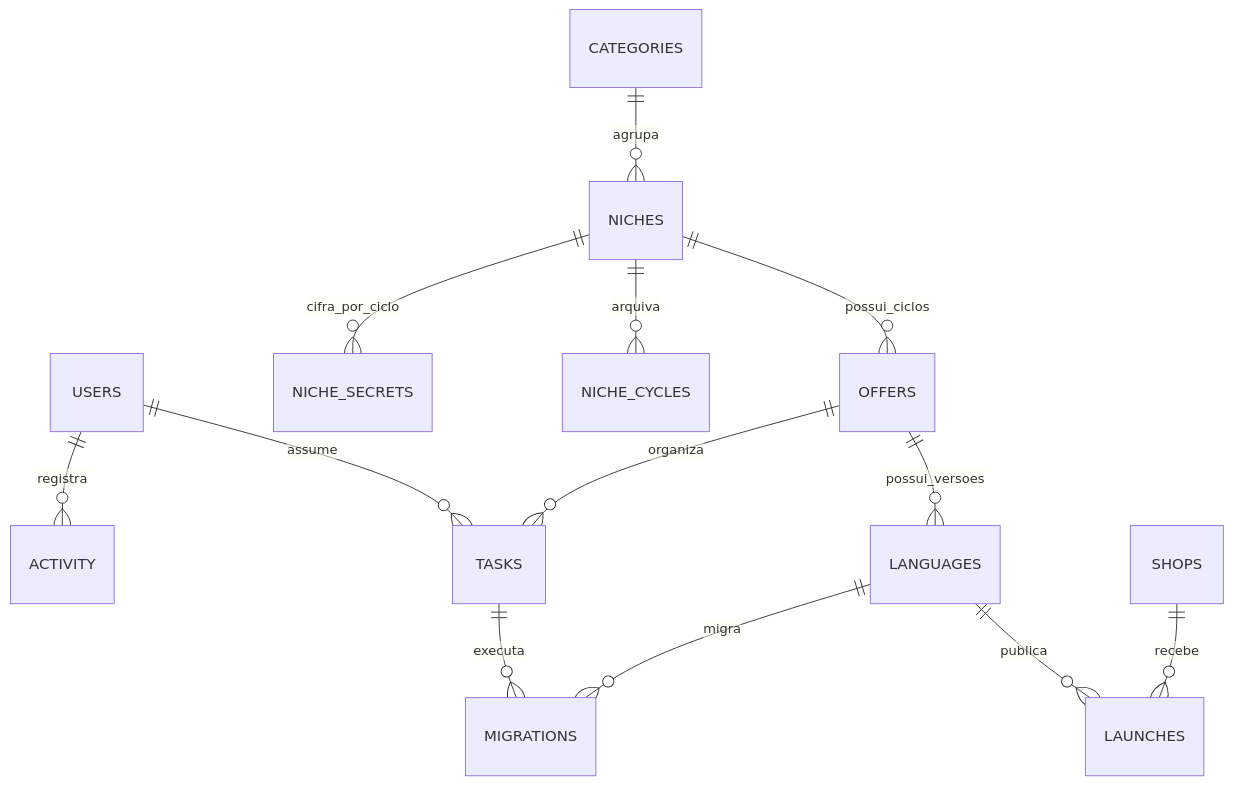
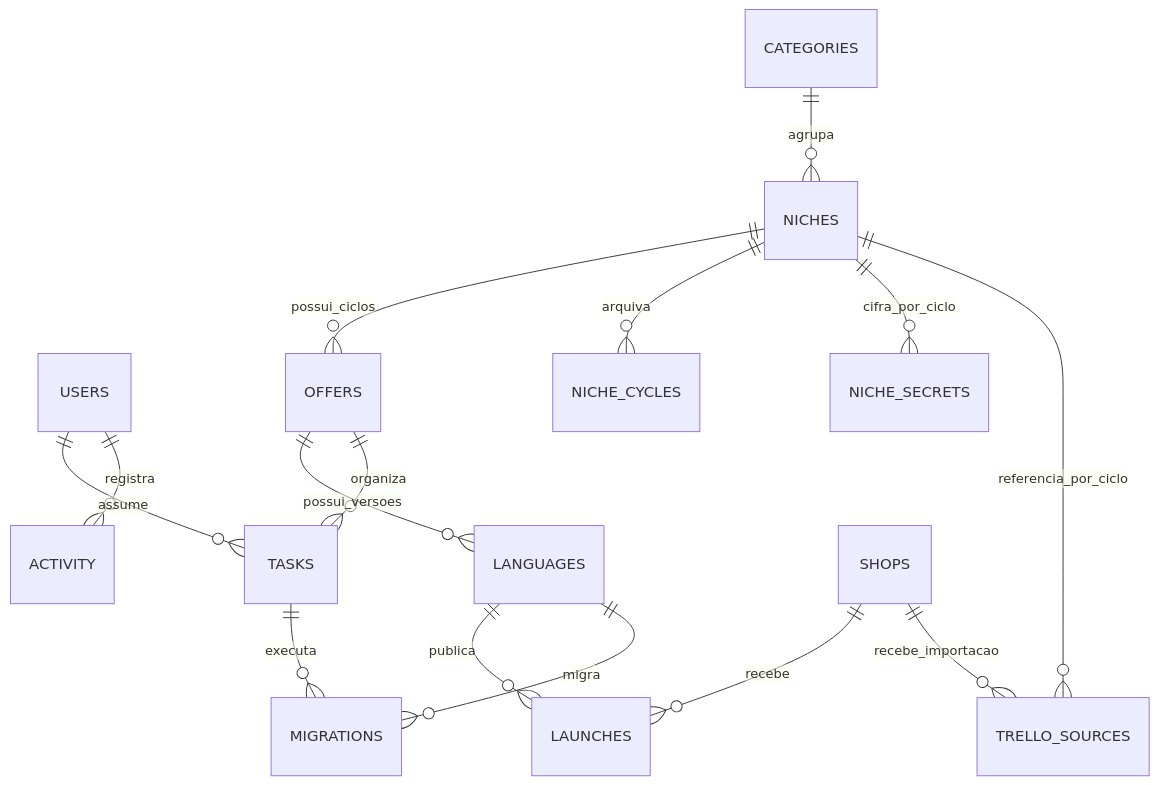
The diagram in operacao/ARCHITECTURE.md (RianSouza1/PRODUTOS-2), drawn with Mermaid before and after one commit. The commit also changed other lines of this file and 8 other files, not shown here.

````diff
--- a/operacao/ARCHITECTURE.md
+++ b/operacao/ARCHITECTURE.md
@@ -11,15 +11,17 @@
 ```mermaid
 erDiagram
   USERS ||--o{ TASKS : assume
   USERS ||--o{ ACTIVITY : registra
   CATEGORIES ||--o{ NICHES : agrupa
   NICHES ||--o{ OFFERS : possui_ciclos
   NICHES ||--o{ NICHE_CYCLES : arquiva
   OFFERS ||--o{ LANGUAGES : possui_versoes
   OFFERS ||--o{ TASKS : organiza
   LANGUAGES ||--o{ LAUNCHES : publica
   SHOPS ||--o{ LAUNCHES : recebe
   NICHES ||--o{ NICHE_SECRETS : cifra_por_ciclo
+  NICHES ||--o{ TRELLO_SOURCES : referencia_por_ciclo
+  SHOPS ||--o{ TRELLO_SOURCES : recebe_importacao
   LANGUAGES ||--o{ MIGRATIONS : migra
   TASKS ||--o{ MIGRATIONS : executa
 ```
````
